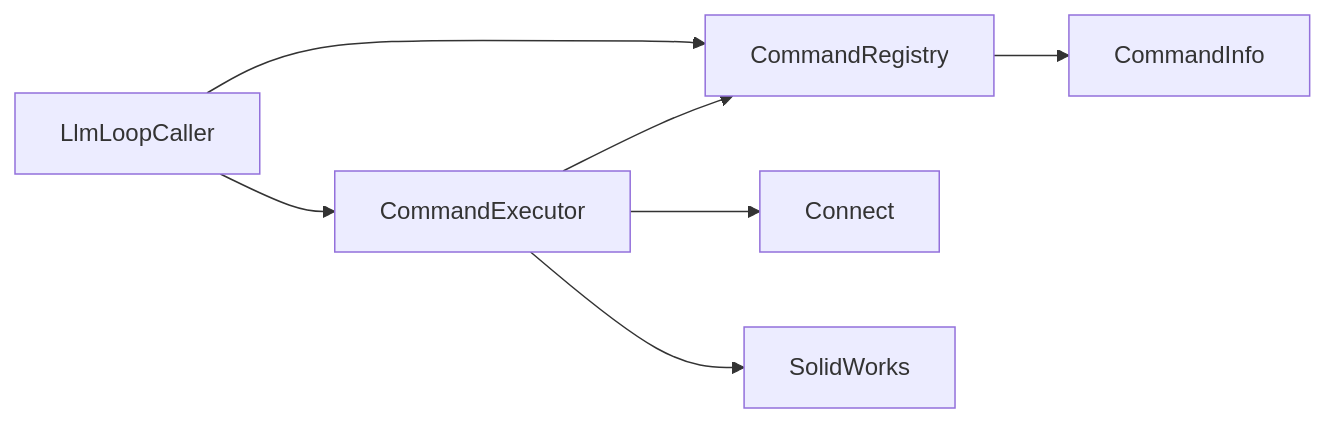
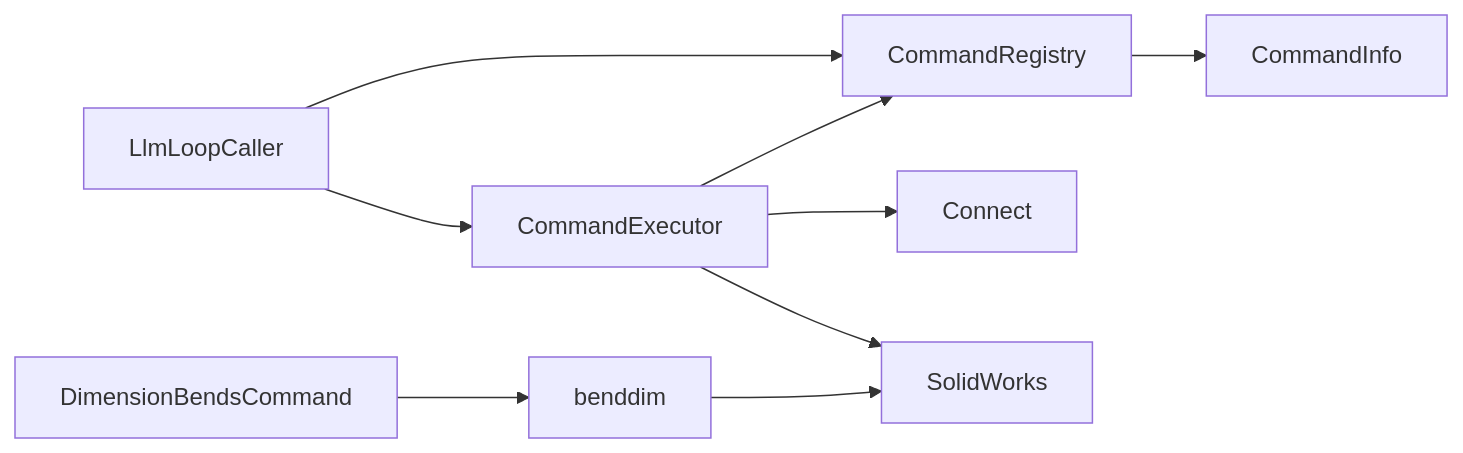
Before and after one commit to feudal1/my_csharp: the eighth of 8 diagrams in .qoder/repowiki/zh/content/命令系统详解/命令系统详解.md, drawn with Mermaid. The commit also changed other lines of this file and 6 other files, not shown here.

````diff
--- a/.qoder/repowiki/zh/content/命令系统详解/命令系统详解.md
+++ b/.qoder/repowiki/zh/content/命令系统详解/命令系统详解.md
@@ -340,9 +410,11 @@
 ```mermaid
 graph LR
 Reg["CommandRegistry"] --> Info["CommandInfo"]
 Exec["CommandExecutor"] --> Reg
 Exec --> Conn["Connect"]
 LLM["LlmLoopCaller"] --> Reg
 LLM --> Exec
 Exec --> SW["SolidWorks"]
+BendCmd["DimensionBendsCommand"] --> BendDim["benddim"]
+BendDim --> SW
 ```
````
